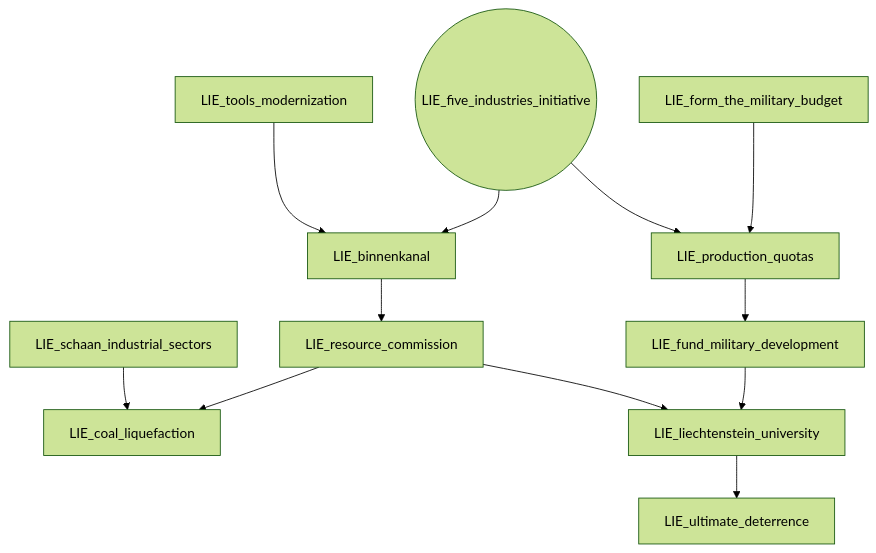
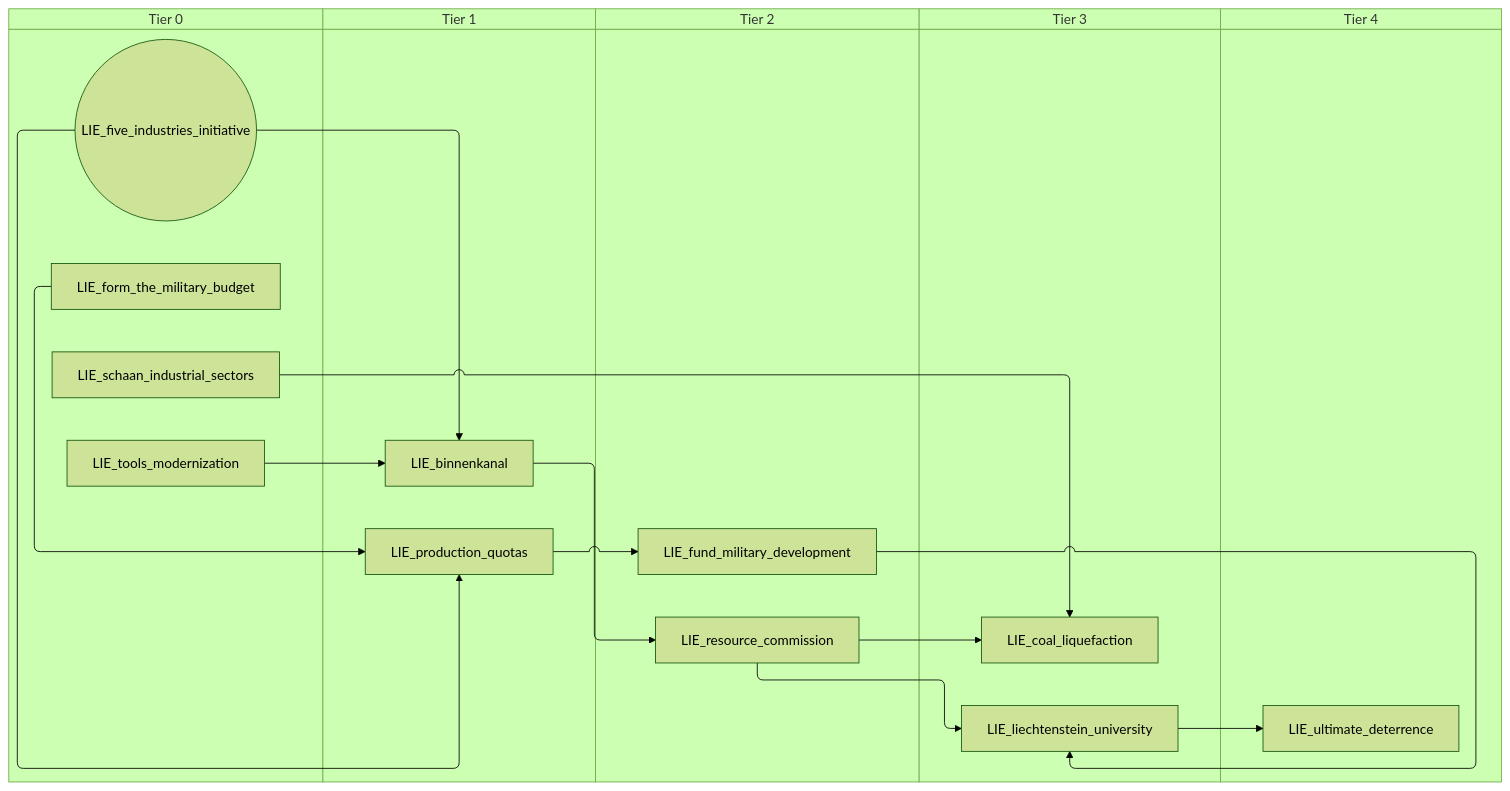
One commit to evgeny-sobol/hoi4-sandbox-mode-r56 changed the second of 6 diagrams in docs/gdd/National Focuses/r56/liechtenstein.md. Above: the diagram before and after it, drawn with Mermaid (forest theme). The commit also changed other lines of this file and 423 other files, not shown here.

First line of the commit message:
Re-export Rt56 focus trees as swimlane diagrams

````diff
--- a/docs/gdd/National Focuses/r56/liechtenstein.md
+++ b/docs/gdd/National Focuses/r56/liechtenstein.md
@@ -122,25 +138,35 @@
 ```mermaid
-flowchart TD
-    n52["LIE_binnenkanal"]
-    n53["LIE_coal_liquefaction"]
-    n54(("LIE_five_industries_initiative"))
-    n55["LIE_form_the_military_budget"]
-    n56["LIE_fund_military_development"]
-    n57["LIE_liechtenstein_university"]
-    n58["LIE_production_quotas"]
-    n59["LIE_resource_commission"]
-    n60["LIE_schaan_industrial_sectors"]
-    n61["LIE_tools_modernization"]
-    n62["LIE_ultimate_deterrence"]
-    n54 --> n52
-    n61 --> n52
-    n59 --> n53
-    n60 --> n53
-    n58 --> n56
-    n56 --> n57
-    n59 --> n57
-    n55 --> n58
-    n54 --> n58
-    n52 --> n59
-    n57 --> n62
+swimlane-beta TD
+    subgraph tier_0["Tier 0"]
+        n52(("LIE_five_industries_initiative"))
+        n53["LIE_form_the_military_budget"]
+        n54["LIE_schaan_industrial_sectors"]
+        n55["LIE_tools_modernization"]
+    end
+    subgraph tier_1["Tier 1"]
+        n56["LIE_binnenkanal"]
+        n57["LIE_production_quotas"]
+    end
+    subgraph tier_2["Tier 2"]
+        n58["LIE_fund_military_development"]
+        n59["LIE_resource_commission"]
+    end
+    subgraph tier_3["Tier 3"]
+        n60["LIE_coal_liquefaction"]
+        n61["LIE_liechtenstein_university"]
+    end
+    subgraph tier_4["Tier 4"]
+        n62["LIE_ultimate_deterrence"]
+    end
+    n52 --> n56
+    n55 --> n56
+    n59 --> n60
+    n54 --> n60
+    n57 --> n58
+    n58 --> n61
+    n59 --> n61
+    n53 --> n57
+    n52 --> n57
+    n56 --> n59
+    n61 --> n62
 ```
````
